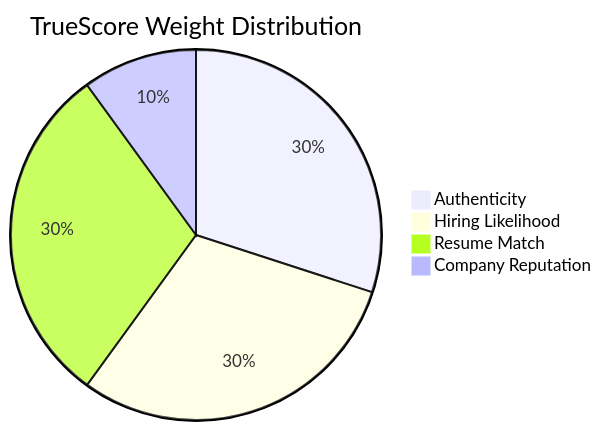
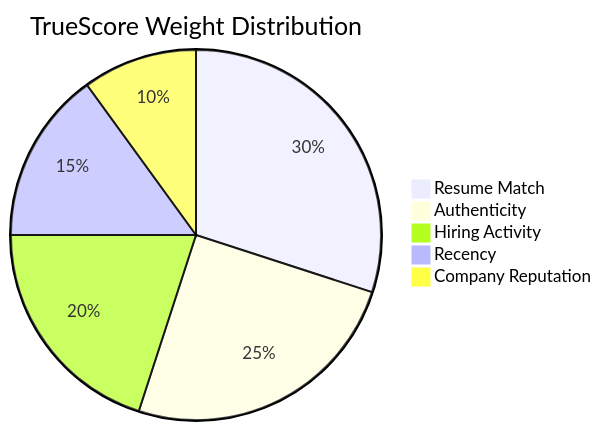
One commit to OladipoOmotosho/Tru3hire changed the first of 3 diagrams in documentation/public/README.md. Above: the diagram before and after it, drawn with Mermaid. The commit also changed other lines of this file and 23 other files, not shown here.

Commit message:
Unify TrueScore model, fix onboarding metadata flow, and add regression guardrails

````diff
--- a/documentation/public/README.md
+++ b/documentation/public/README.md
@@ -67,7 +68,8 @@
 ```mermaid
 pie title TrueScore Weight Distribution
-    "Authenticity" : 30
-    "Hiring Likelihood" : 30
     "Resume Match" : 30
+    "Authenticity" : 25
+    "Hiring Activity" : 20
+    "Recency" : 15
     "Company Reputation" : 10
 ```
````
